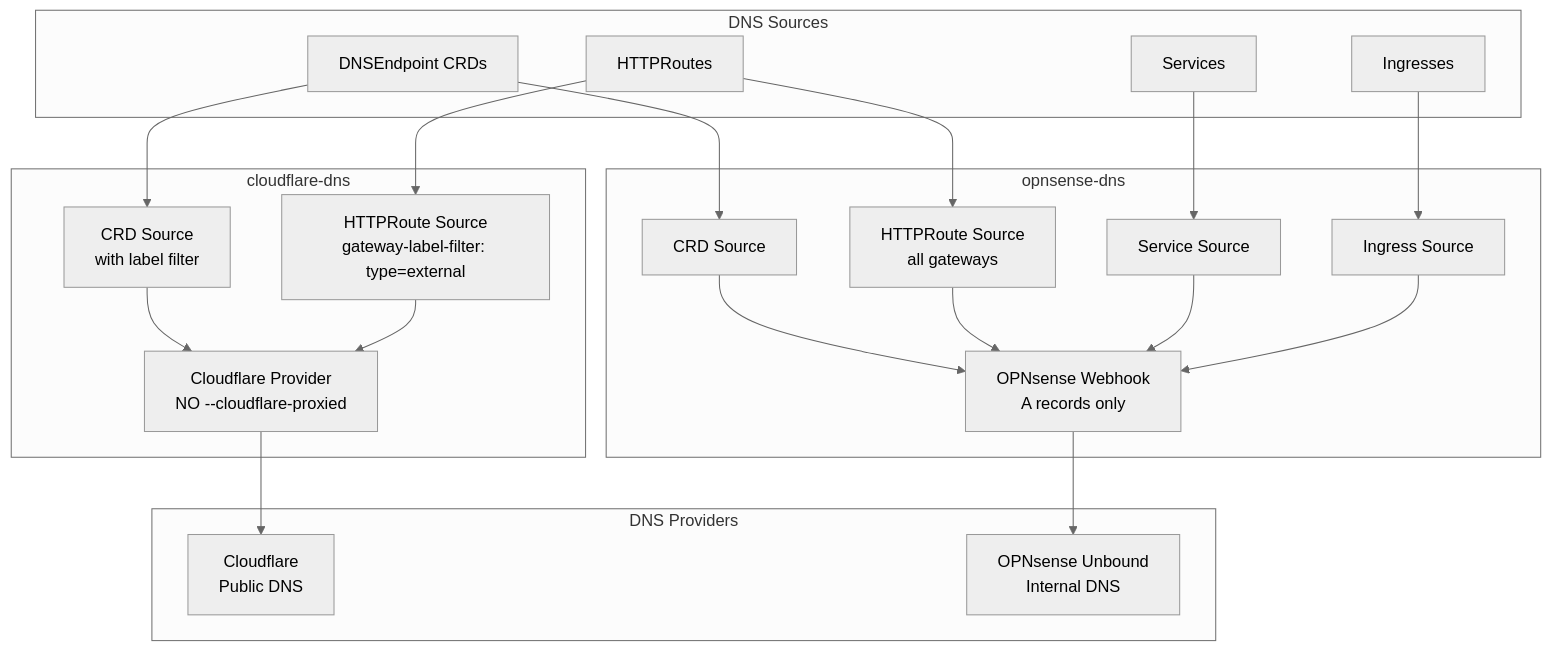
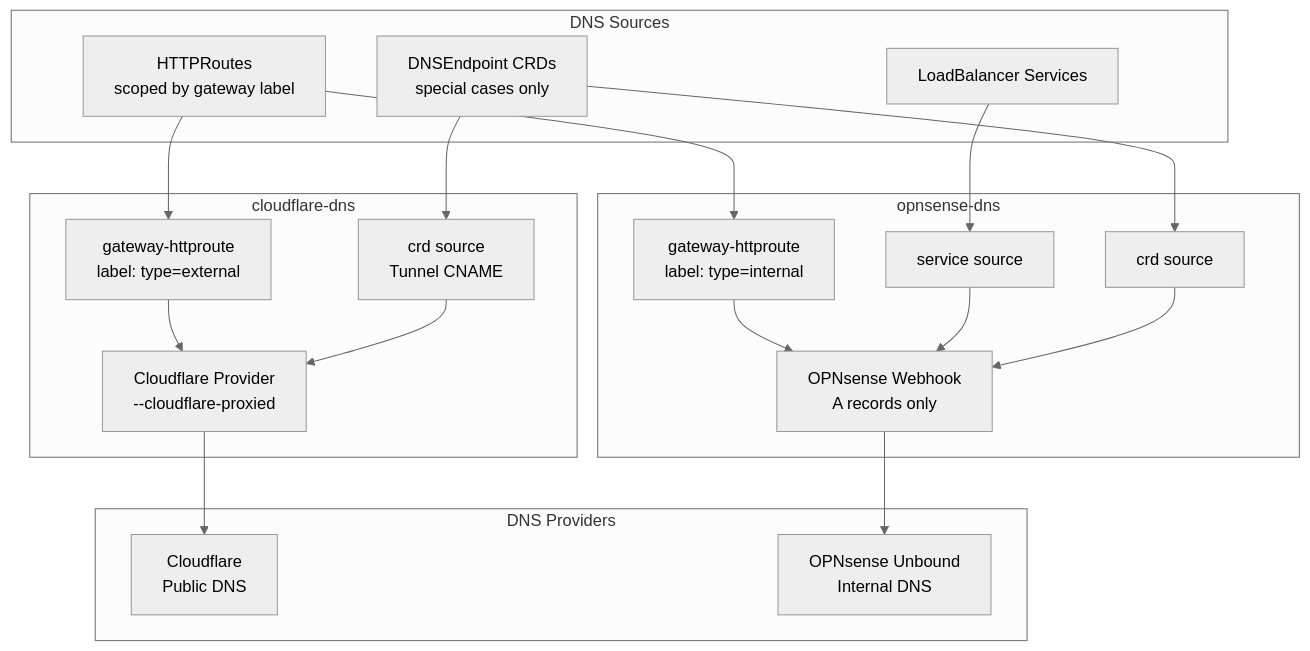
Before and after one commit to LukeEvansTech/talos-cluster: the fourth of 6 diagrams in docs/docs/architecture/split-dns.md, drawn with Mermaid (neutral theme). The commit also changed other lines of this file and 28 other files, not shown here.

````diff
--- a/docs/docs/architecture/split-dns.md
+++ b/docs/docs/architecture/split-dns.md
@@ -95,44 +98,33 @@
 ```mermaid
 graph TB
     subgraph "DNS Sources"
-        CRD[DNSEndpoint CRDs]
-        HTTPRoute[HTTPRoutes]
-        Service[Services]
-        Ingress[Ingresses]
+        HTTPRoute[HTTPRoutes<br/>scoped by gateway label]
+        Service[LoadBalancer Services]
+        CRD[DNSEndpoint CRDs<br/>special cases only]
     end
 
     subgraph "cloudflare-dns"
-        CF_CRD[CRD Source<br/>with label filter]
-        CF_HTTPRoute[HTTPRoute Source<br/>gateway-label-filter: type=external]
-        CF_Provider[Cloudflare Provider<br/>NO --cloudflare-proxied]
+        CF_HTTPRoute[gateway-httproute<br/>label: type=external]
+        CF_CRD[crd source<br/>Tunnel CNAME]
+        CF_Provider[Cloudflare Provider<br/>--cloudflare-proxied]
     end
 
     subgraph "opnsense-dns"
-        OPN_CRD[CRD Source]
-        OPN_HTTPRoute[HTTPRoute Source<br/>all gateways]
-        OPN_Service[Service Source]
-        OPN_Ingress[Ingress Source]
+        OPN_HTTPRoute[gateway-httproute<br/>label: type=internal]
+        OPN_Service[service source]
+        OPN_CRD[crd source]
         OPN_Provider[OPNsense Webhook<br/>A records only]
     end
 
     subgraph "DNS Providers"
         Cloudflare[Cloudflare<br/>Public DNS]
         OPNsense[OPNsense Unbound<br/>Internal DNS]
     end
 
-    CRD --> CF_CRD
-    HTTPRoute --> CF_HTTPRoute
-    CF_CRD --> CF_Provider
-    CF_HTTPRoute --> CF_Provider
-    CF_Provider --> Cloudflare
+    HTTPRoute --> CF_HTTPRoute --> CF_Provider --> Cloudflare
+    CRD --> CF_CRD --> CF_Provider
 
-    CRD --> OPN_CRD
-    HTTPRoute --> OPN_HTTPRoute
-    Service --> OPN_Service
-    Ingress --> OPN_Ingress
-    OPN_CRD --> OPN_Provider
-    OPN_HTTPRoute --> OPN_Provider
-    OPN_Service --> OPN_Provider
-    OPN_Ingress --> OPN_Provider
-    OPN_Provider --> OPNsense
+    HTTPRoute --> OPN_HTTPRoute --> OPN_Provider --> OPNsense
+    Service --> OPN_Service --> OPN_Provider
+    CRD --> OPN_CRD --> OPN_Provider
 ```
````
